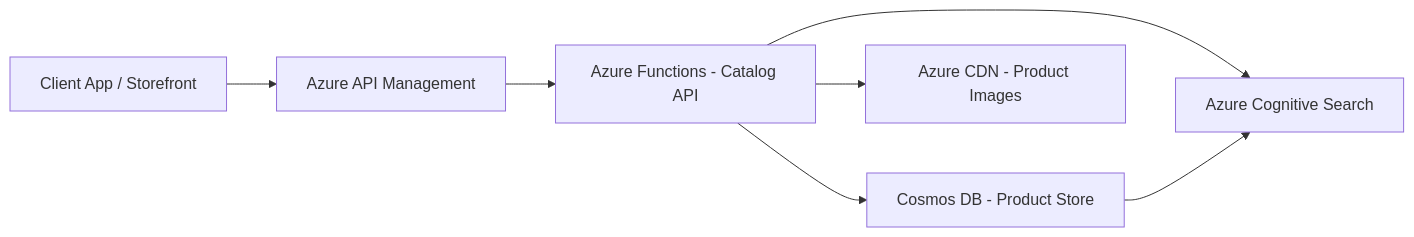
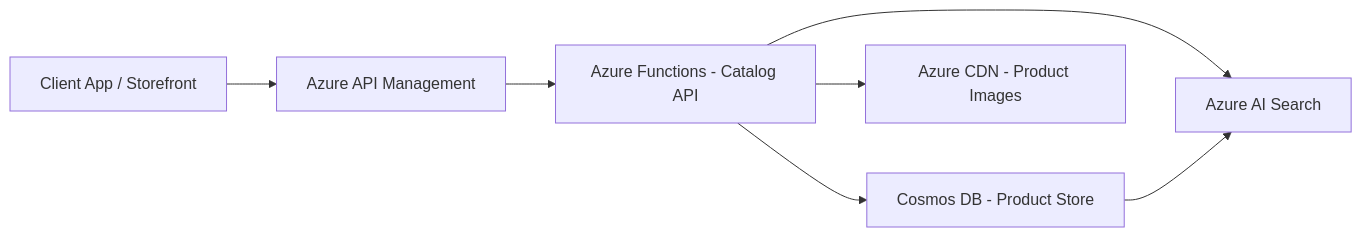
One commit to OneUptime/blog changed the diagram in posts/2026-02-16-how-to-create-a-serverless-e-commerce-product-catalog-api-with-azure-functions-and-cosmos-db/README.md. Above: the diagram before and after it, drawn with Mermaid. The commit also changed other lines of this file and 2 other files, not shown here.

Commit message:
validate: 2026-02-16-how-to-create-a-serverless-e-commerce-product-catalog-api-with-azure-functions-and-cosmos-db

````diff
--- a/posts/2026-02-16-how-to-create-a-serverless-e-commerce-product-catalog-api-with-azure-functions-and-cosmos-db/README.md
+++ b/posts/2026-02-16-how-to-create-a-serverless-e-commerce-product-catalog-api-with-azure-functions-and-cosmos-db/README.md
@@ -23,9 +23,9 @@
 ```mermaid
 graph LR
     A[Client App / Storefront] --> B[Azure API Management]
     B --> C[Azure Functions - Catalog API]
     C --> D[Cosmos DB - Product Store]
-    C --> E[Azure Cognitive Search]
+    C --> E[Azure AI Search]
     C --> F[Azure CDN - Product Images]
     D --> E
 ```
````
